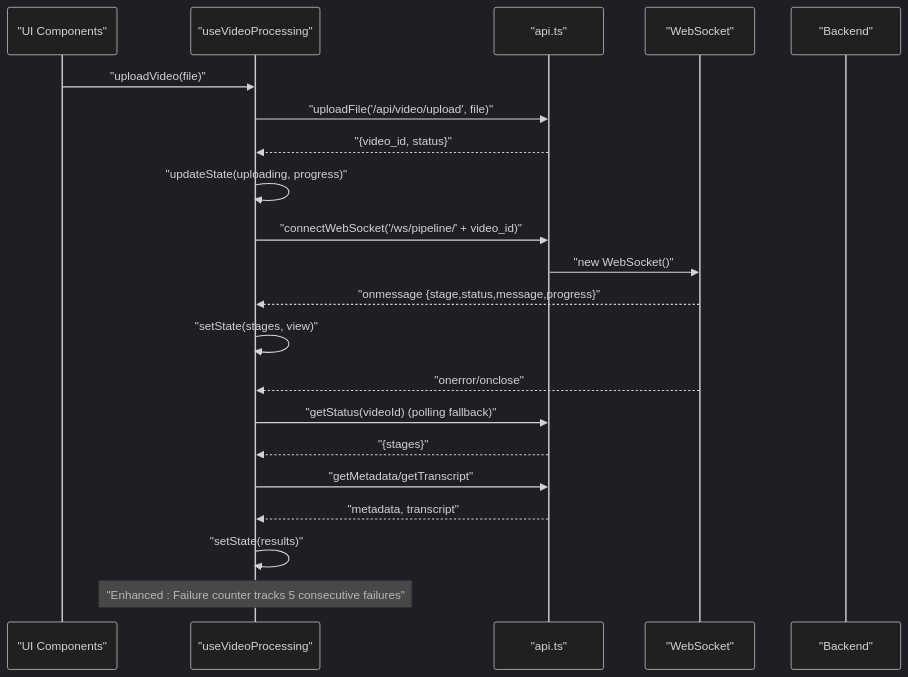
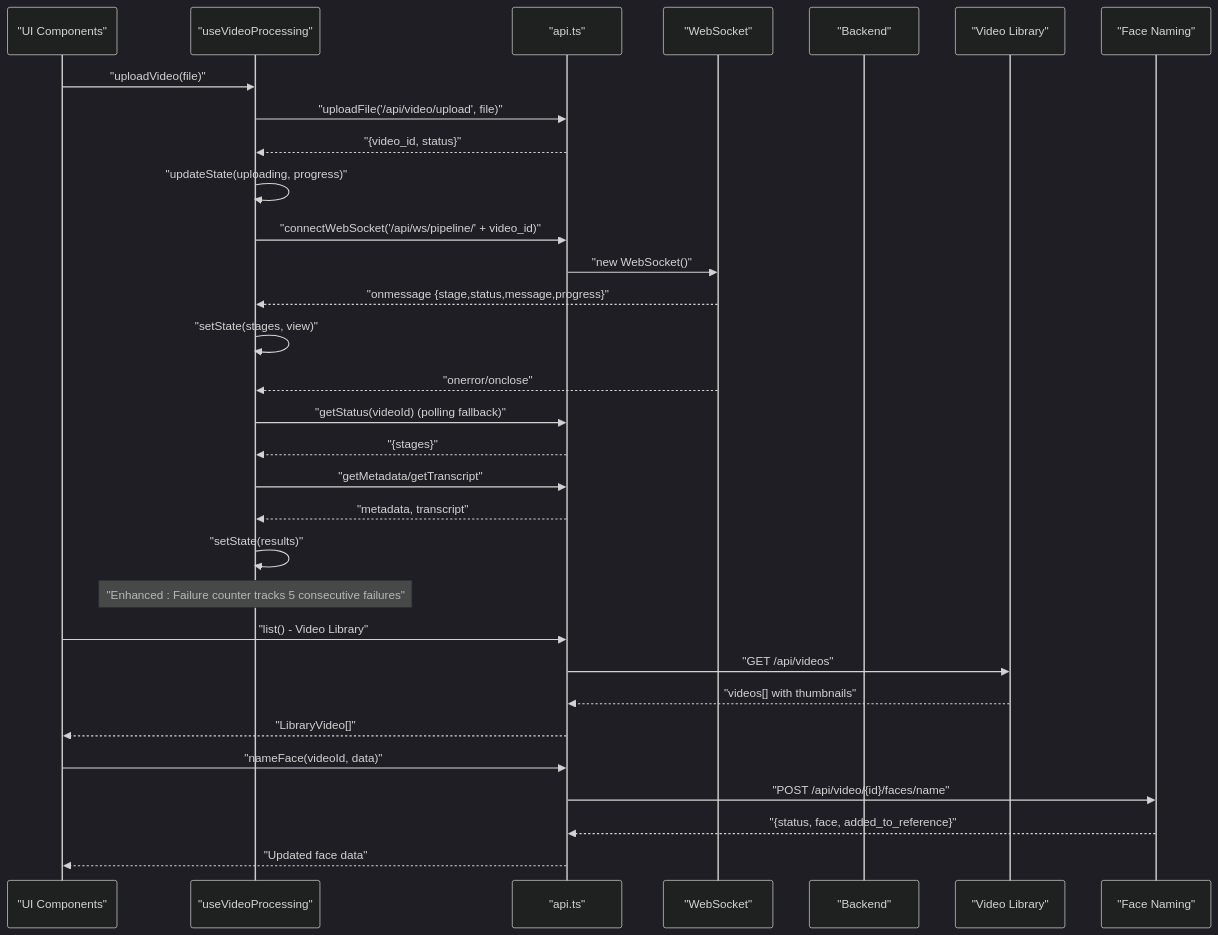
One commit to alexandreybasta-cyber/dubai-media-ai changed the second of 3 diagrams in .qoder/repowiki/en/content/Frontend Application/API Integration & State Management.md. Above: the diagram before and after it, drawn with Mermaid (dark theme). The commit also changed other lines of this file and 49 other files, not shown here.

````diff
--- a/.qoder/repowiki/en/content/Frontend Application/API Integration & State Management.md
+++ b/.qoder/repowiki/en/content/Frontend Application/API Integration & State Management.md
@@ -163,23 +179,33 @@
 ```mermaid
 sequenceDiagram
 participant UI as "UI Components"
 participant Hook as "useVideoProcessing"
 participant API as "api.ts"
 participant WS as "WebSocket"
 participant BE as "Backend"
+participant Lib as "Video Library"
+participant Face as "Face Naming"
 UI->>Hook : "uploadVideo(file)"
 Hook->>API : "uploadFile('/api/video/upload', file)"
 API-->>Hook : "{video_id, status}"
 Hook->>Hook : "updateState(uploading, progress)"
-Hook->>API : "connectWebSocket('/ws/pipeline/' + video_id)"
+Hook->>API : "connectWebSocket('/api/ws/pipeline/' + video_id)"
 API->>WS : "new WebSocket()"
 WS-->>Hook : "onmessage {stage,status,message,progress}"
 Hook->>Hook : "setState(stages, view)"
 WS-->>Hook : "onerror/onclose"
 Hook->>API : "getStatus(videoId) (polling fallback)"
 API-->>Hook : "{stages}"
 Hook->>API : "getMetadata/getTranscript"
 API-->>Hook : "metadata, transcript"
 Hook->>Hook : "setState(results)"
 Note over Hook : "Enhanced : Failure counter tracks 5 consecutive failures"
+UI->>API : "list() - Video Library"
+API->>Lib : "GET /api/videos"
+Lib-->>API : "videos[] with thumbnails"
+API-->>UI : "LibraryVideo[]"
+UI->>API : "nameFace(videoId, data)"
+API->>Face : "POST /api/video/{id}/faces/name"
+Face-->>API : "{status, face, added_to_reference}"
+API-->>UI : "Updated face data"
 ```
````
